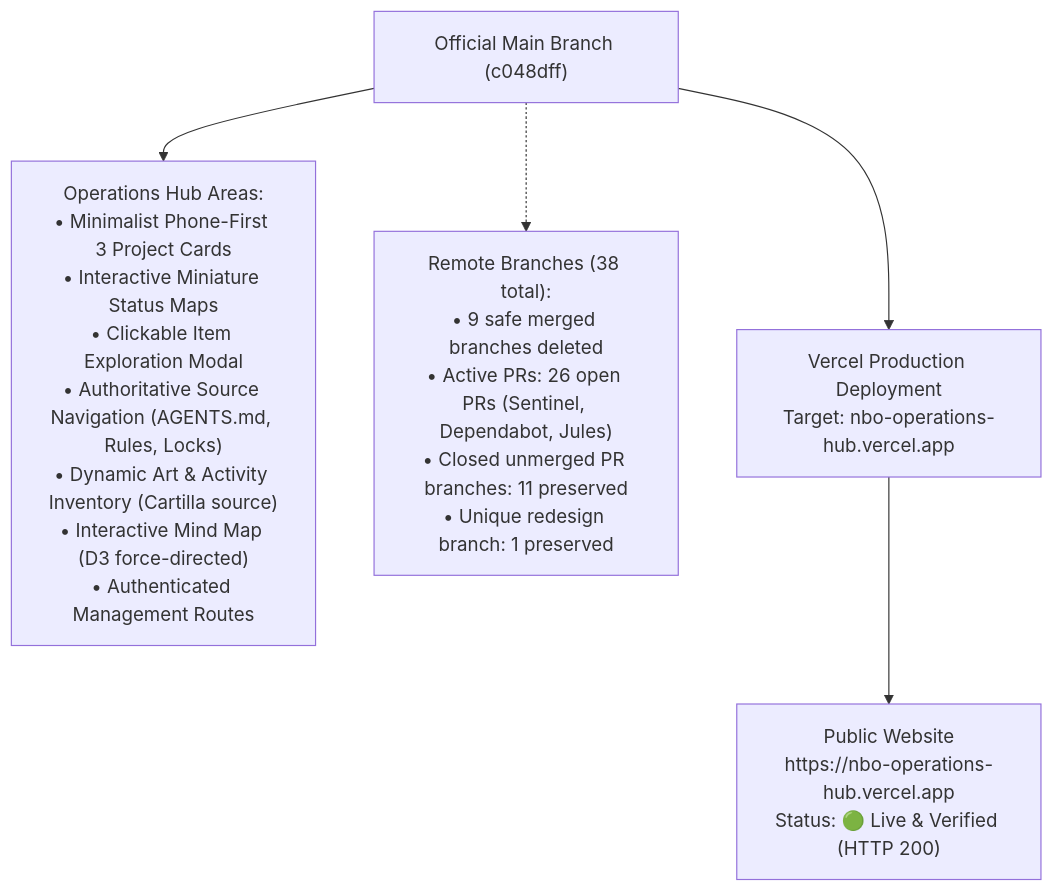
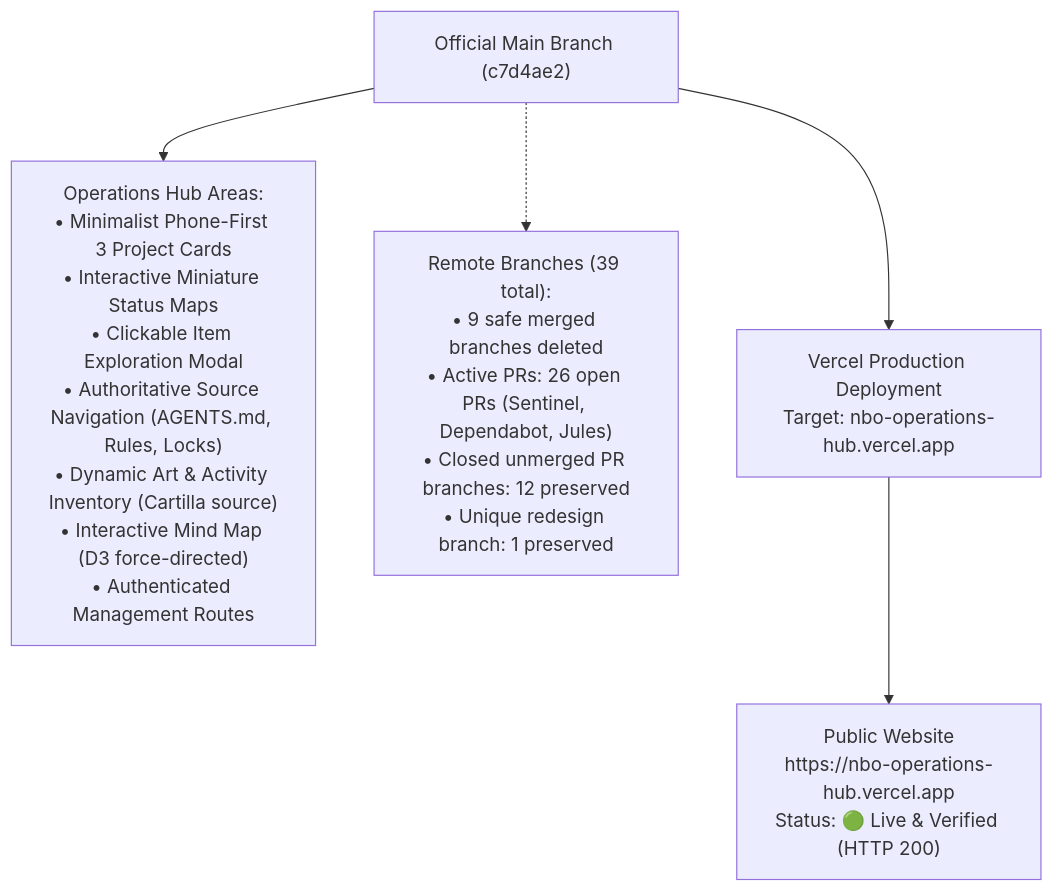
The first of 2 diagrams in docs/OWNER-VISUAL-STATUS.md (ejnburrows-rgb/Command-Center-), drawn with Mermaid before and after one commit. The commit also changed other lines of this file, not shown here.

Commit message:
docs: update OWNER-VISUAL-STATUS with Cartilla 25 PR queue cleanup and branch metrics

````diff
--- a/docs/OWNER-VISUAL-STATUS.md
+++ b/docs/OWNER-VISUAL-STATUS.md
@@ -15,13 +15,13 @@
 ```mermaid
 flowchart TD
-    MAIN["Official Main Branch (c048dff)"]
+    MAIN["Official Main Branch (c7d4ae2)"]
     AREAS["Operations Hub Areas:<br/>• Minimalist Phone-First 3 Project Cards<br/>• Interactive Miniature Status Maps<br/>• Clickable Item Exploration Modal<br/>• Authoritative Source Navigation (AGENTS.md, Rules, Locks)<br/>• Dynamic Art & Activity Inventory (Cartilla source)<br/>• Interactive Mind Map (D3 force-directed)<br/>• Authenticated Management Routes"]
-    BRANCHES["Remote Branches (38 total):<br/>• 9 safe merged branches deleted<br/>• Active PRs: 26 open PRs (Sentinel, Dependabot, Jules)<br/>• Closed unmerged PR branches: 11 preserved<br/>• Unique redesign branch: 1 preserved"]
+    BRANCHES["Remote Branches (39 total):<br/>• 9 safe merged branches deleted<br/>• Active PRs: 26 open PRs (Sentinel, Dependabot, Jules)<br/>• Closed unmerged PR branches: 12 preserved<br/>• Unique redesign branch: 1 preserved"]
     VERCEL["Vercel Production Deployment<br/>Target: nbo-operations-hub.vercel.app"]
     LIVE["Public Website<br/>https://nbo-operations-hub.vercel.app<br/>Status: 🟢 Live & Verified (HTTP 200)"]
 
     MAIN --> AREAS
     MAIN -.-> BRANCHES
     MAIN --> VERCEL
     VERCEL --> LIVE
 ```
````
